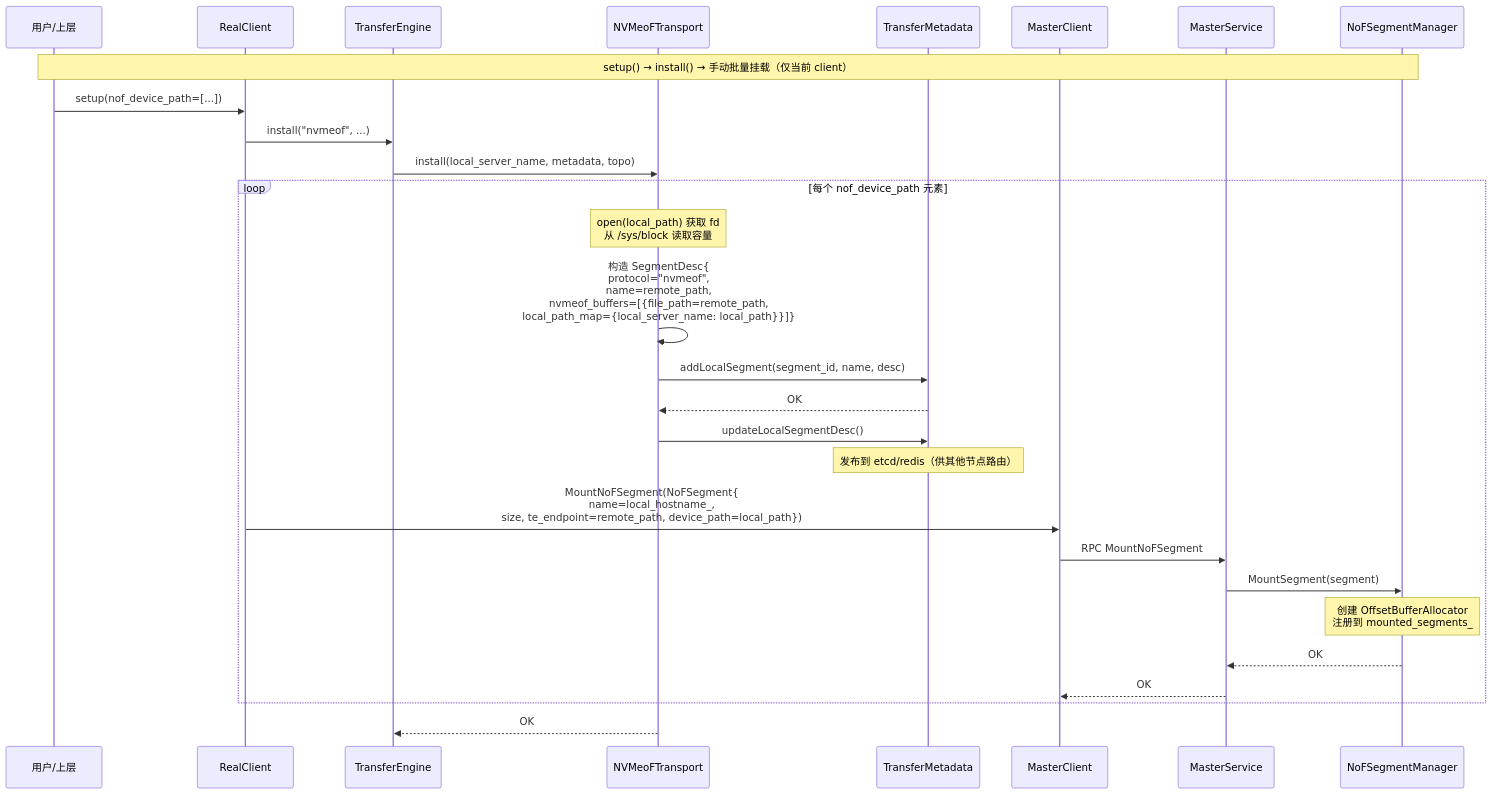
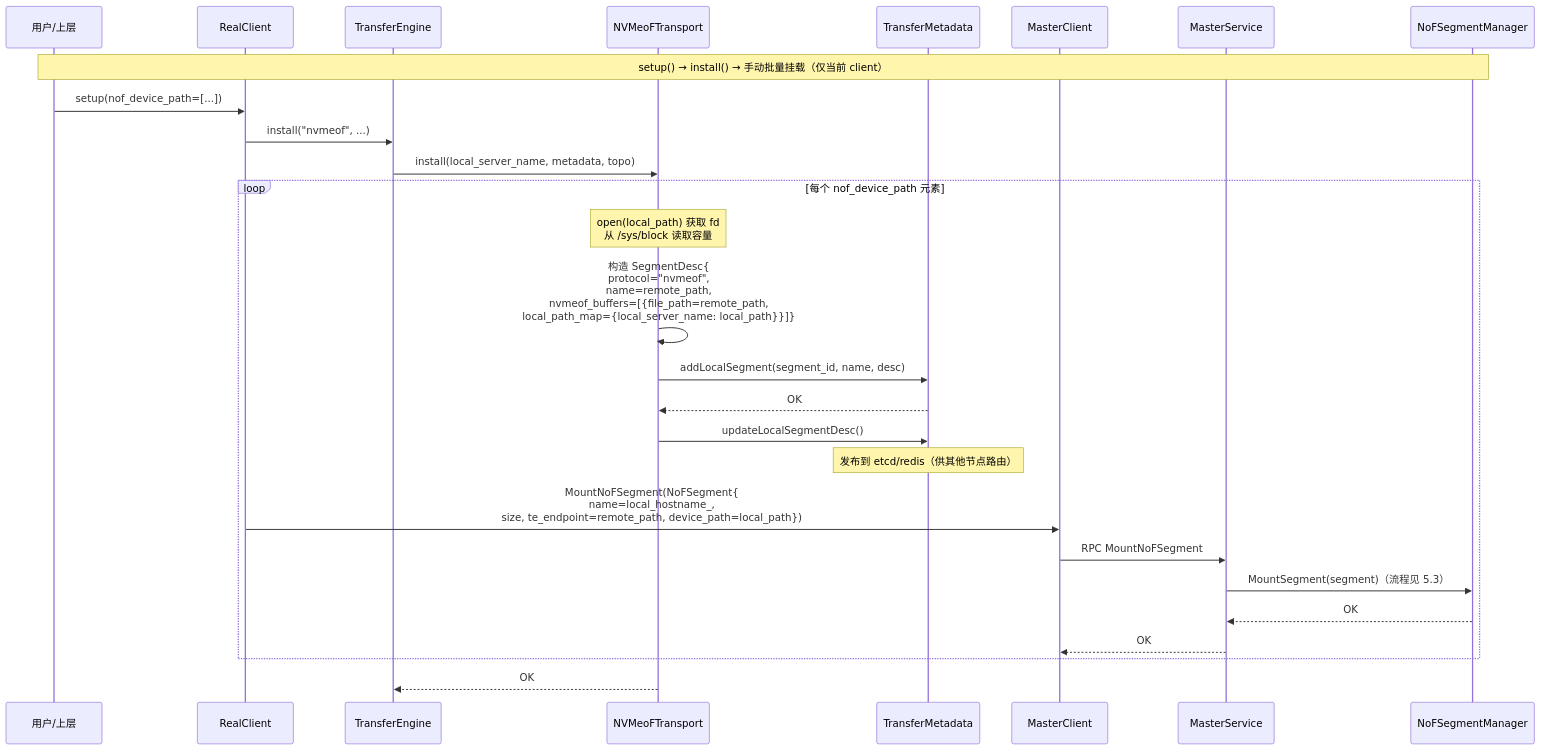
Diagram 14 of 17 in docs/rfc-nds-nvmeof-transport-cn.md (yz53665/Mooncake), drawn with Mermaid before and after one commit. The commit also changed other lines of this file, not shown here.

````diff
--- a/docs/rfc-nds-nvmeof-transport-cn.md
+++ b/docs/rfc-nds-nvmeof-transport-cn.md
@@ -628,31 +615,30 @@
 ```mermaid
 sequenceDiagram
     participant User as 用户/上层
     participant RC as RealClient
     participant TE as TransferEngine
     participant NVT as NVMeoFTransport
     participant TM as TransferMetadata
     participant MC as MasterClient
     participant MS as MasterService
     participant NSM as NoFSegmentManager
 
     Note over User,NSM: setup() → install() → 手动批量挂载（仅当前 client）
     User->>RC: setup(nof_device_path=[...])
     RC->>TE: install("nvmeof", ...)
     TE->>NVT: install(local_server_name, metadata, topo)
     loop 每个 nof_device_path 元素
         Note over NVT: open(local_path) 获取 fd<br/>从 /sys/block 读取容量
         NVT->>NVT: 构造 SegmentDesc{<br/>  protocol="nvmeof",<br/>  name=remote_path,<br/>  nvmeof_buffers=[{file_path=remote_path,<br/>    local_path_map={local_server_name: local_path}}]}
         NVT->>TM: addLocalSegment(segment_id, name, desc)
         TM-->>NVT: OK
         NVT->>TM: updateLocalSegmentDesc()
         Note over TM: 发布到 etcd/redis（供其他节点路由）
         RC->>MC: MountNoFSegment(NoFSegment{<br/>  name=local_hostname_,<br/>  size, te_endpoint=remote_path, device_path=local_path})
         MC->>MS: RPC MountNoFSegment
-        MS->>NSM: MountSegment(segment)
-        Note over NSM: 创建 OffsetBufferAllocator<br/>注册到 mounted_segments_
+        MS->>NSM: MountSegment(segment)（流程见 5.3）
         NSM-->>MS: OK
         MS-->>MC: OK
     end
     NVT-->>TE: OK
 ```
````
